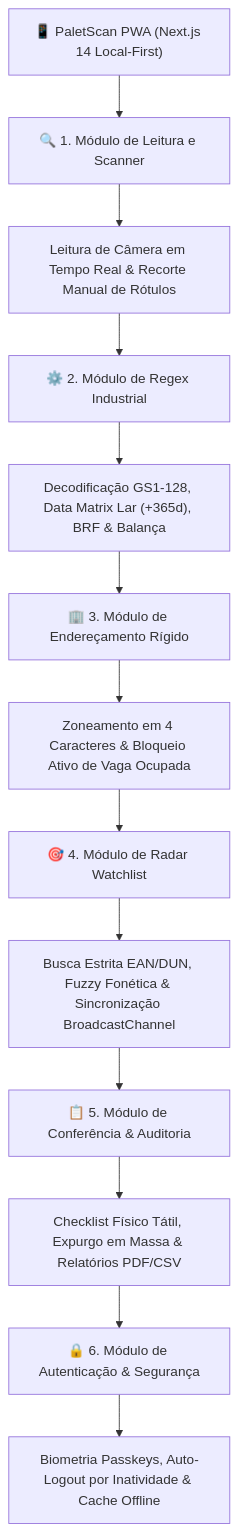
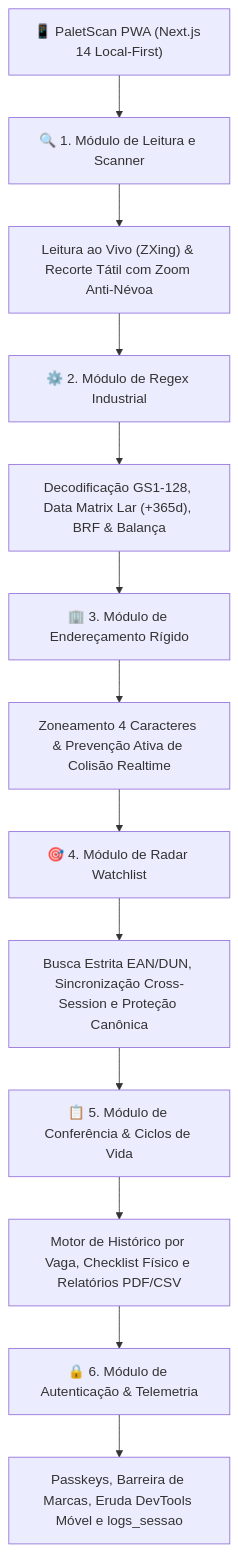
Before and after one commit to NaejBarbosa/paletscan-etl: the diagram in docs/pwa-visao-geral.md, drawn with Mermaid. The commit also changed other lines of this file and 28 other files, not shown here.

Commit message:
docs: atualiza documentacao mkdocs com pontos criticos e diagramas verticalizados mobile

````diff
--- a/docs/pwa-visao-geral.md
+++ b/docs/pwa-visao-geral.md
@@ -11,22 +11,22 @@
 ```mermaid
 flowchart TD
     APP["📱 PaletScan PWA (Next.js 14 Local-First)"]
 
     APP --> M1["🔍 1. Módulo de Leitura e Scanner"]
-    M1 --> D1["Leitura de Câmera em Tempo Real & Recorte Manual de Rótulos"]
+    M1 --> D1["Leitura ao Vivo (ZXing) & Recorte Tátil com Zoom Anti-Névoa"]
 
     D1 --> M2["⚙️ 2. Módulo de Regex Industrial"]
     M2 --> D2["Decodificação GS1-128, Data Matrix Lar (+365d), BRF & Balança"]
 
     D2 --> M3["🏢 3. Módulo de Endereçamento Rígido"]
-    M3 --> D3["Zoneamento em 4 Caracteres & Bloqueio Ativo de Vaga Ocupada"]
+    M3 --> D3["Zoneamento 4 Caracteres & Prevenção Ativa de Colisão Realtime"]
 
     D3 --> M4["🎯 4. Módulo de Radar Watchlist"]
-    M4 --> D4["Busca Estrita EAN/DUN, Fuzzy Fonética & Sincronização BroadcastChannel"]
+    M4 --> D4["Busca Estrita EAN/DUN, Sincronização Cross-Session e Proteção Canônica"]
 
-    D4 --> M5["📋 5. Módulo de Conferência & Auditoria"]
-    M5 --> D5["Checklist Físico Tátil, Expurgo em Massa & Relatórios PDF/CSV"]
+    D4 --> M5["📋 5. Módulo de Conferência & Ciclos de Vida"]
+    M5 --> D5["Motor de Histórico por Vaga, Checklist Físico e Relatórios PDF/CSV"]
 
-    D5 --> M6["🔒 6. Módulo de Autenticação & Segurança"]
-    M6 --> D6["Biometria Passkeys, Auto-Logout por Inatividade & Cache Offline"]
+    D5 --> M6["🔒 6. Módulo de Autenticação & Telemetria"]
+    M6 --> D6["Passkeys, Barreira de Marcas, Eruda DevTools Móvel e logs_sessao"]
 ```
````
